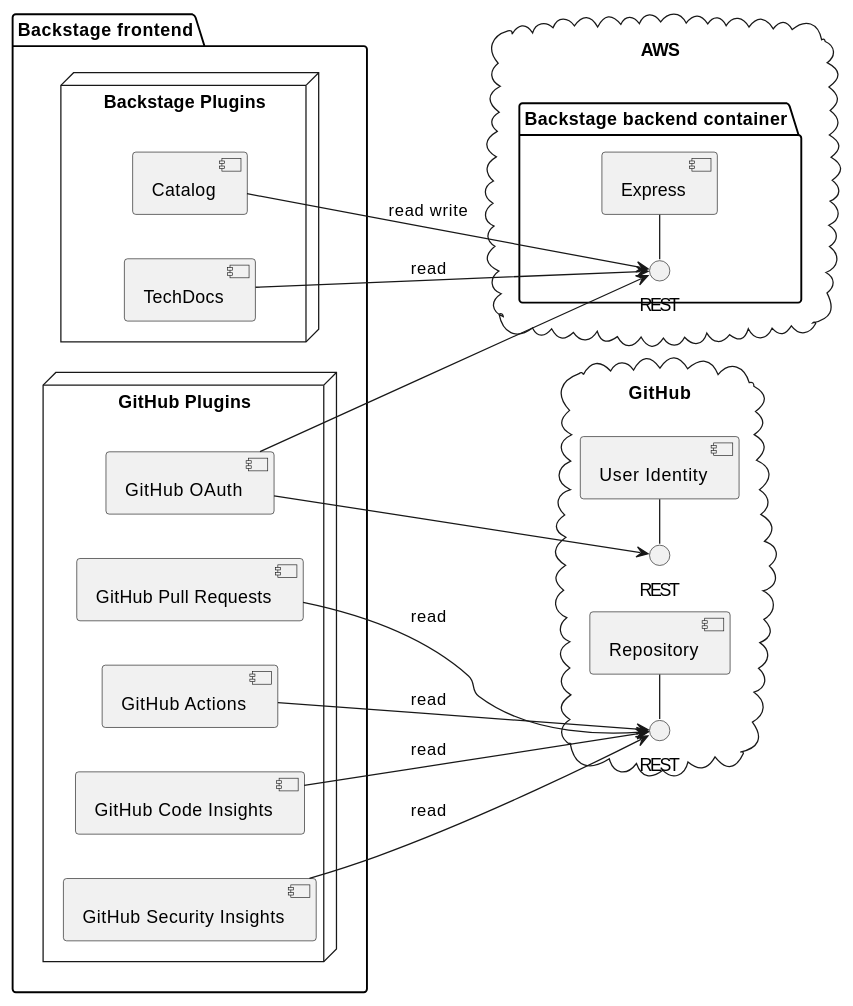
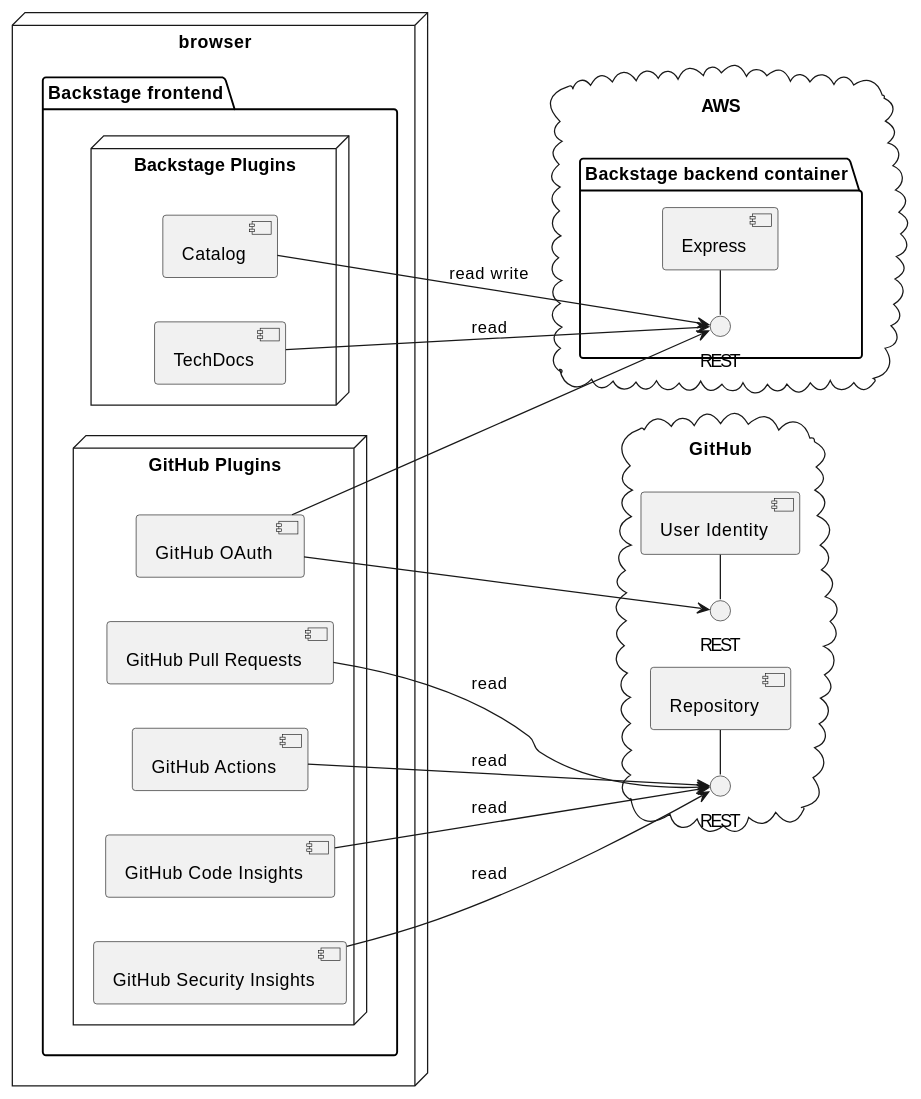
Before and after one commit to keyluck/lighthouse-backstage: the fourth of 4 diagrams in docs/deployment.md, drawn with PlantUML. The commit also changed other lines of this file, not shown here.

Commit message:
1.0 (#76)
clarified FE / BE relationship in documentation

````diff
--- a/docs/deployment.md
+++ b/docs/deployment.md
@@ -154,36 +160,38 @@
 ```plantuml
 left to right direction
 cloud "AWS\n" {
   package container as "Backstage backend container" {
     interface BackstageAPI as "REST"
     BackstageAPI - [Express]
   }
 }
 
-package "Backstage frontend" {
- 
-  node "GitHub Plugins\n" {
-    [GitHub OAuth] --> BackstageAPI 
-    [GitHub Pull Requests] 
-    [GitHub Actions]
-    [GitHub Code Insights]
-    [GitHub Security Insights]
-  }
-  node "Backstage Plugins\n" {
-    [Catalog] --> BackstageAPI : "read write"
-    [TechDocs] --> BackstageAPI : read
+node browser { 
+    package "Backstage frontend" {
+
+    node "GitHub Plugins\n" {
+      [GitHub OAuth] --> BackstageAPI 
+      [GitHub Pull Requests] 
+      [GitHub Actions]
+      [GitHub Code Insights]
+      [GitHub Security Insights]
+    }
+    node "Backstage Plugins\n" {
+      [Catalog] --> BackstageAPI : "read write"
+      [TechDocs] --> BackstageAPI : read
+    }
   }
 }
 
 cloud "GitHub\n" {
   interface "REST" as RepoAPI
   interface "REST" as OAuth
   RepoAPI - [Repository]
   OAuth - [User Identity]
   [GitHub OAuth] --> [OAuth]
   [GitHub Pull Requests] --> RepoAPI : read
   [GitHub Actions] --> RepoAPI : read
   [GitHub Code Insights] --> RepoAPI : read
   [GitHub Security Insights] --> RepoAPI : read
 }
 ```
````
